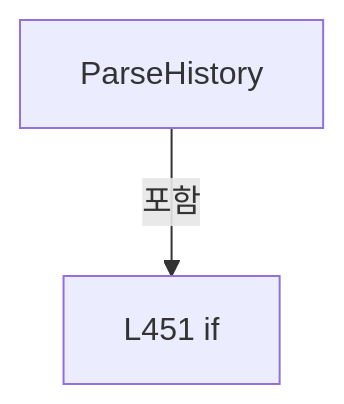
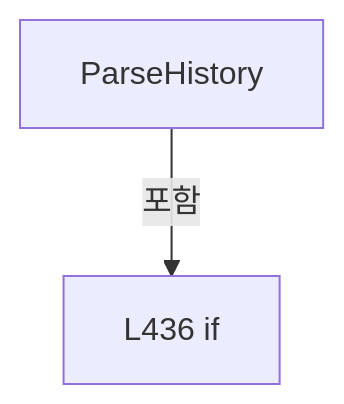
Before and after one commit to kjuws10-rgb/Shared: the seventh of 9 diagrams in A3 LD Code Ref/files/Drilling.File/Product/CProductFile.cs.md, drawn with Mermaid. The commit also changed other lines of this file and 8055 other files, not shown here.

Commit message:
docs(a3): trace Stage Glass Data and refresh architecture and full code reference

````diff
--- a/A3 LD Code Ref/files/Drilling.File/Product/CProductFile.cs.md
+++ b/A3 LD Code Ref/files/Drilling.File/Product/CProductFile.cs.md
@@ -2377,6 +2367,6 @@
 ```mermaid
 flowchart TD
  M["ParseHistory"]
- N0["L451 if"]
+ N0["L436 if"]
  M -->|포함| N0
 ```
````
